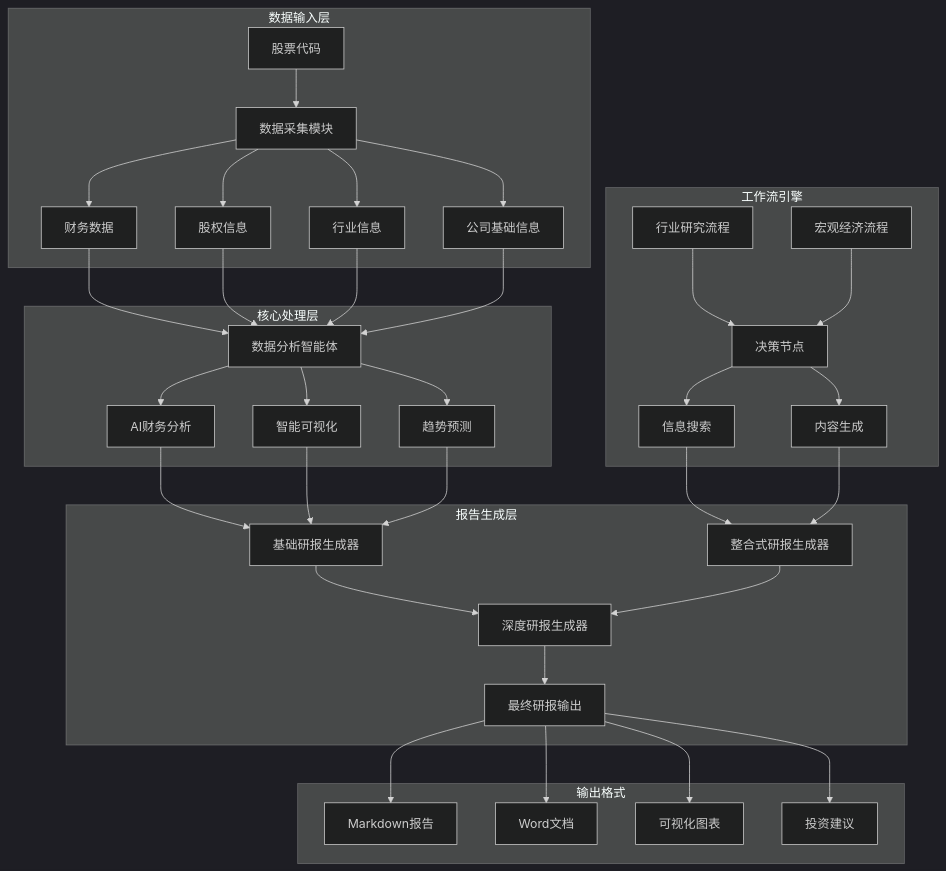
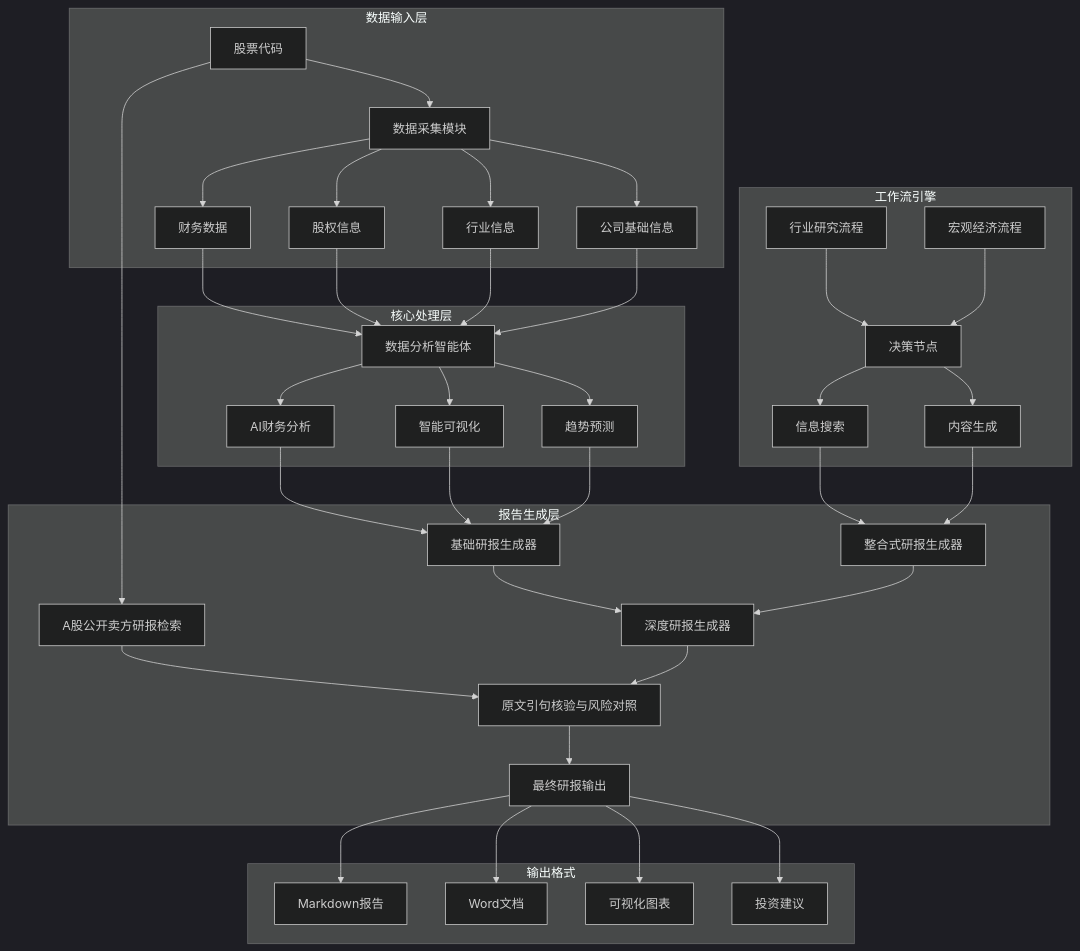
Before and after one commit to lili-jiejie/financial: the diagram in README.md, drawn with Mermaid (dark theme). The commit also changed other lines of this file and 8 other files, not shown here.

````diff
--- a/README.md
+++ b/README.md
@@ -21,45 +21,48 @@
 ```mermaid
 graph TB
     subgraph "数据输入层"
         A[股票代码] --> B[数据采集模块]
         B --> C[财务数据]
         B --> D[股权信息]
         B --> E[行业信息]
         B --> F[公司基础信息]
     end
     
     subgraph "核心处理层"
         C --> G[数据分析智能体]
         D --> G
         E --> G
         F --> G
         G --> H[AI财务分析]
         G --> I[智能可视化]
         G --> J[趋势预测]
     end
     
     subgraph "工作流引擎"
         K[行业研究流程] --> L[决策节点]
         M[宏观经济流程] --> L
         L --> N[信息搜索]
         L --> O[内容生成]
     end
     
     subgraph "报告生成层"
         H --> P[基础研报生成器]
         I --> P
         J --> P
         N --> Q[整合式研报生成器]
         O --> Q
         P --> R[深度研报生成器]
         Q --> R
-        R --> S[最终研报输出]
+        A --> X[A股公开卖方研报检索]
+        X --> Y[原文引句核验与风险对照]
+        R --> Y
+        Y --> S[最终研报输出]
     end
     
     subgraph "输出格式"
         S --> T[Markdown报告]
         S --> U[Word文档]
         S --> V[可视化图表]
         S --> W[投资建议]
     end
 ```
````
